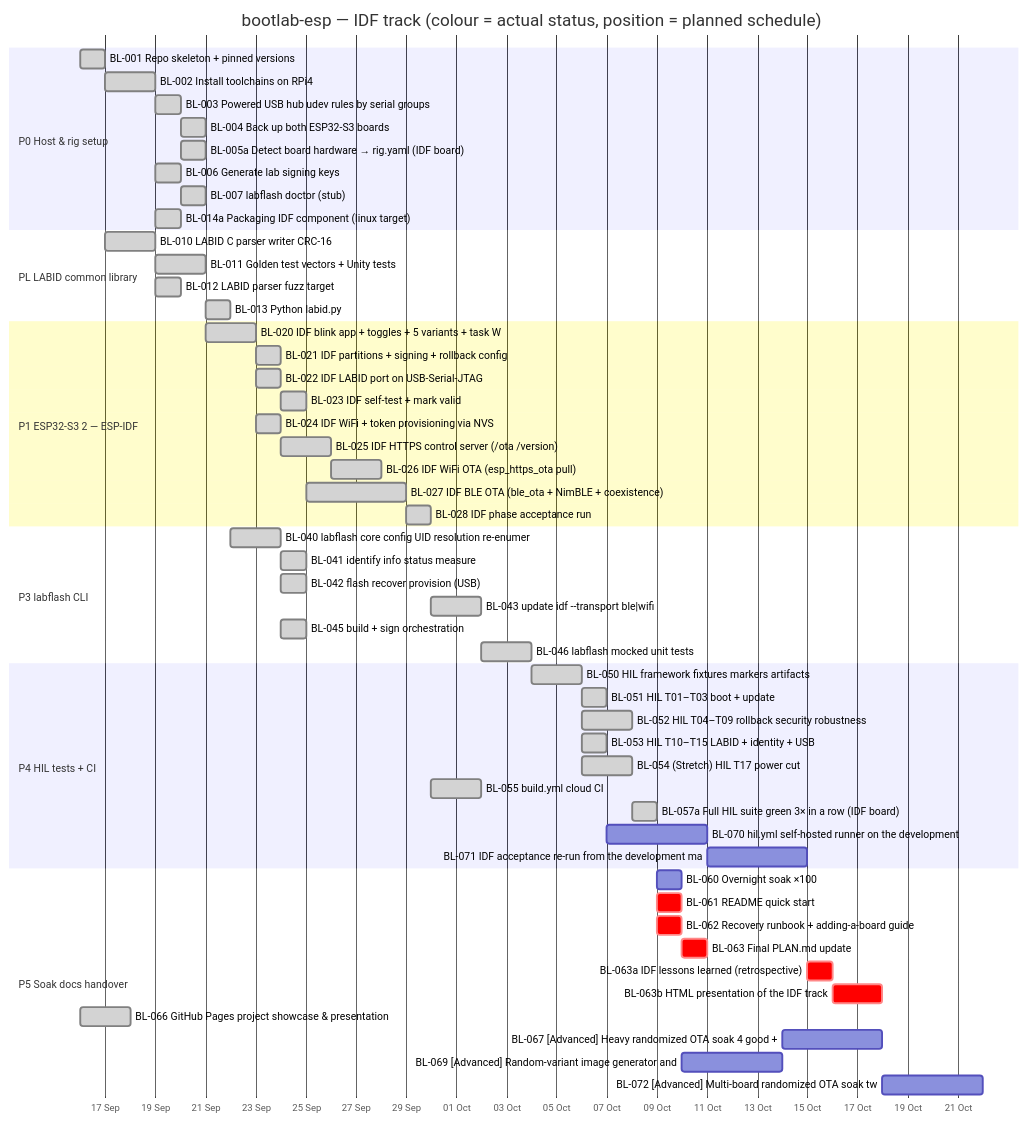
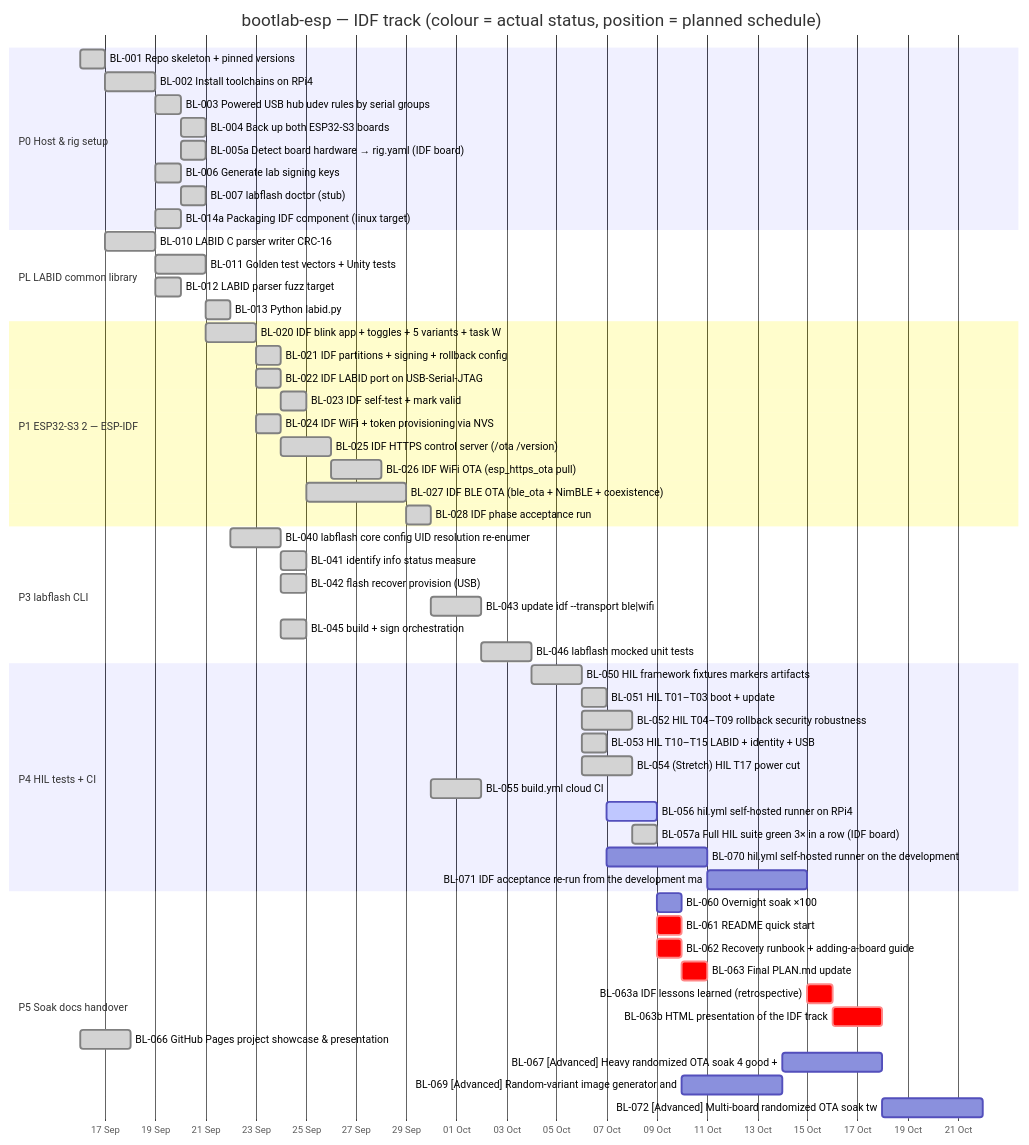
One commit to mohamed-soubhi/bootlab-esp changed the first of 2 diagrams in tickets/GANTT.md. Above: the diagram before and after it, drawn with Mermaid. The commit also changed other lines of this file and 4 other files, not shown here.

First line of the commit message:
docs(tickets): reinstate BL-056 (RPi4 runner) as a secondary CI/CD demo; add re-registration runbook

````diff
--- a/tickets/GANTT.md
+++ b/tickets/GANTT.md
@@ -25,59 +25,60 @@
 ```mermaid
 gantt
     title bootlab-esp — IDF track (colour = actual status, position = planned schedule)
     dateFormat YYYY-MM-DD
     axisFormat %d %b
     todayMarker stroke-width:3px,stroke:#f80,opacity:0.7
     section P0 Host & rig setup
     BL-001 Repo skeleton + pinned versions :done, bl001, 2026-09-16, 1d
     BL-002 Install toolchains on RPi4 :done, bl002, 2026-09-17, 2d
     BL-003 Powered USB hub udev rules by serial groups :done, bl003, 2026-09-19, 1d
     BL-004 Back up both ESP32-S3 boards :done, bl004, 2026-09-20, 1d
     BL-005a Detect board hardware → rig.yaml (IDF board) :done, bl005a, 2026-09-20, 1d
     BL-006 Generate lab signing keys :done, bl006, 2026-09-19, 1d
     BL-007 labflash doctor (stub) :done, bl007, 2026-09-20, 1d
     BL-014a Packaging IDF component (linux target) :done, bl014a, 2026-09-19, 1d
     section PL LABID common library
     BL-010 LABID C parser writer CRC-16 :done, bl010, 2026-09-17, 2d
     BL-011 Golden test vectors + Unity tests :done, bl011, 2026-09-19, 2d
     BL-012 LABID parser fuzz target :done, bl012, 2026-09-19, 1d
     BL-013 Python labid.py :done, bl013, 2026-09-21, 1d
     section P1 ESP32-S3 2 — ESP-IDF
     BL-020 IDF blink app + toggles + 5 variants + task W :done, bl020, 2026-09-21, 2d
     BL-021 IDF partitions + signing + rollback config :done, bl021, 2026-09-23, 1d
     BL-022 IDF LABID port on USB-Serial-JTAG :done, bl022, 2026-09-23, 1d
     BL-023 IDF self-test + mark valid :done, bl023, 2026-09-24, 1d
     BL-024 IDF WiFi + token provisioning via NVS :done, bl024, 2026-09-23, 1d
     BL-025 IDF HTTPS control server (/ota /version) :done, bl025, 2026-09-24, 2d
     BL-026 IDF WiFi OTA (esp_https_ota pull) :done, bl026, 2026-09-26, 2d
     BL-027 IDF BLE OTA (ble_ota + NimBLE + coexistence) :done, bl027, 2026-09-25, 4d
     BL-028 IDF phase acceptance run :done, bl028, 2026-09-29, 1d
     section P3 labflash CLI
     BL-040 labflash core config UID resolution re-enumer :done, bl040, 2026-09-22, 2d
     BL-041 identify info status measure :done, bl041, 2026-09-24, 1d
     BL-042 flash recover provision (USB) :done, bl042, 2026-09-24, 1d
     BL-043 update idf --transport ble|wifi :done, bl043, 2026-09-30, 2d
     BL-045 build + sign orchestration :done, bl045, 2026-09-24, 1d
     BL-046 labflash mocked unit tests :done, bl046, 2026-10-02, 2d
     section P4 HIL tests + CI
     BL-050 HIL framework fixtures markers artifacts :done, bl050, 2026-10-04, 2d
     BL-051 HIL T01–T03 boot + update :done, bl051, 2026-10-06, 1d
     BL-052 HIL T04–T09 rollback security robustness :done, bl052, 2026-10-06, 2d
     BL-053 HIL T10–T15 LABID + identity + USB :done, bl053, 2026-10-06, 1d
     BL-054 (Stretch) HIL T17 power cut :done, bl054, 2026-10-06, 2d
     BL-055 build.yml cloud CI :done, bl055, 2026-09-30, 2d
+    BL-056 hil.yml self-hosted runner on RPi4 :active, bl056, 2026-10-07, 2d
     BL-057a Full HIL suite green 3× in a row (IDF board) :done, bl057a, 2026-10-08, 1d
     BL-070 hil.yml self-hosted runner on the development :bl070, 2026-10-07, 4d
     BL-071 IDF acceptance re-run from the development ma :bl071, 2026-10-11, 4d
     section P5 Soak docs handover
     BL-060 Overnight soak ×100 :bl060, 2026-10-09, 1d
     BL-061 README quick start :crit, bl061, 2026-10-09, 1d
     BL-062 Recovery runbook + adding-a-board guide :crit, bl062, 2026-10-09, 1d
     BL-063 Final PLAN.md update :crit, bl063, 2026-10-10, 1d
     BL-063a IDF lessons learned (retrospective) :crit, bl063a, 2026-10-15, 1d
     BL-063b HTML presentation of the IDF track :crit, bl063b, 2026-10-16, 2d
     BL-066 GitHub Pages project showcase & presentation :done, bl066, 2026-09-16, 2d
     BL-067 [Advanced] Heavy randomized OTA soak 4 good + :bl067, 2026-10-14, 4d
     BL-069 [Advanced] Random-variant image generator and :bl069, 2026-10-10, 4d
     BL-072 [Advanced] Multi-board randomized OTA soak tw :bl072, 2026-10-18, 4d
 ```
````
